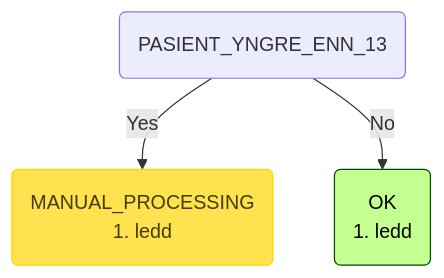
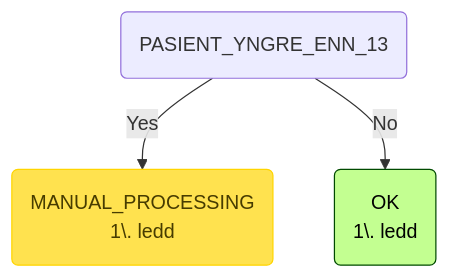
Before and after one commit to navikt/syfosmpapirregler: the sixth of 8 diagrams in README.md, drawn with Mermaid. The commit also changed other lines of this file and 1 other file, not shown here.

````diff
--- a/README.md
+++ b/README.md
@@ -208,9 +204,10 @@
 ```mermaid
 graph TD
     root(PASIENT_YNGRE_ENN_13) -->|Yes| root_PASIENT_YNGRE_ENN_13_MANUAL_PROCESSING(MANUAL_PROCESSING
-1. ledd):::manuell
-    root(PASIENT_YNGRE_ENN_13) -->|No| root_PASIENT_YNGRE_ENN_13_OK(OK <br/>1. ledd):::ok
+1\. ledd):::manuell
+    root(PASIENT_YNGRE_ENN_13) -->|No| root_PASIENT_YNGRE_ENN_13_OK(OK
+1\. ledd):::ok
     classDef ok fill:#c3ff91,stroke:#004a00,color: black;
     classDef invalid fill:#ff7373,stroke:#ff0000,color: black;
     classDef manuell fill:#ffe24f,stroke:#ffd500,color: #473c00;
 ```
````
